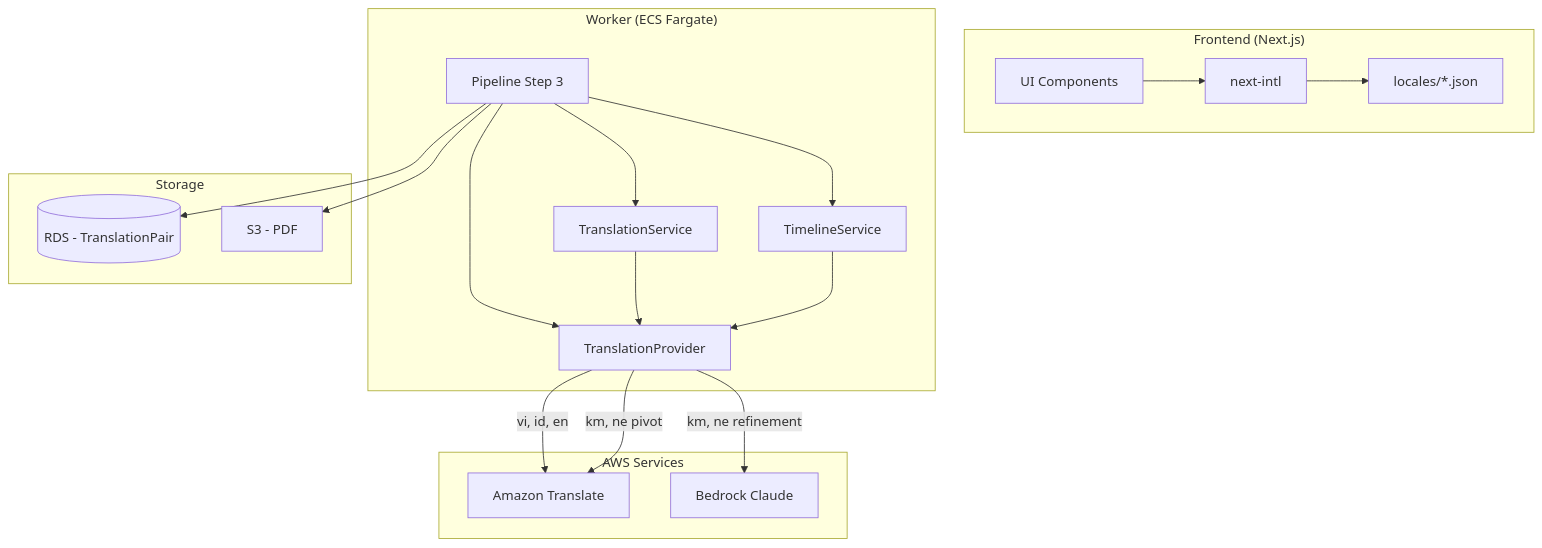
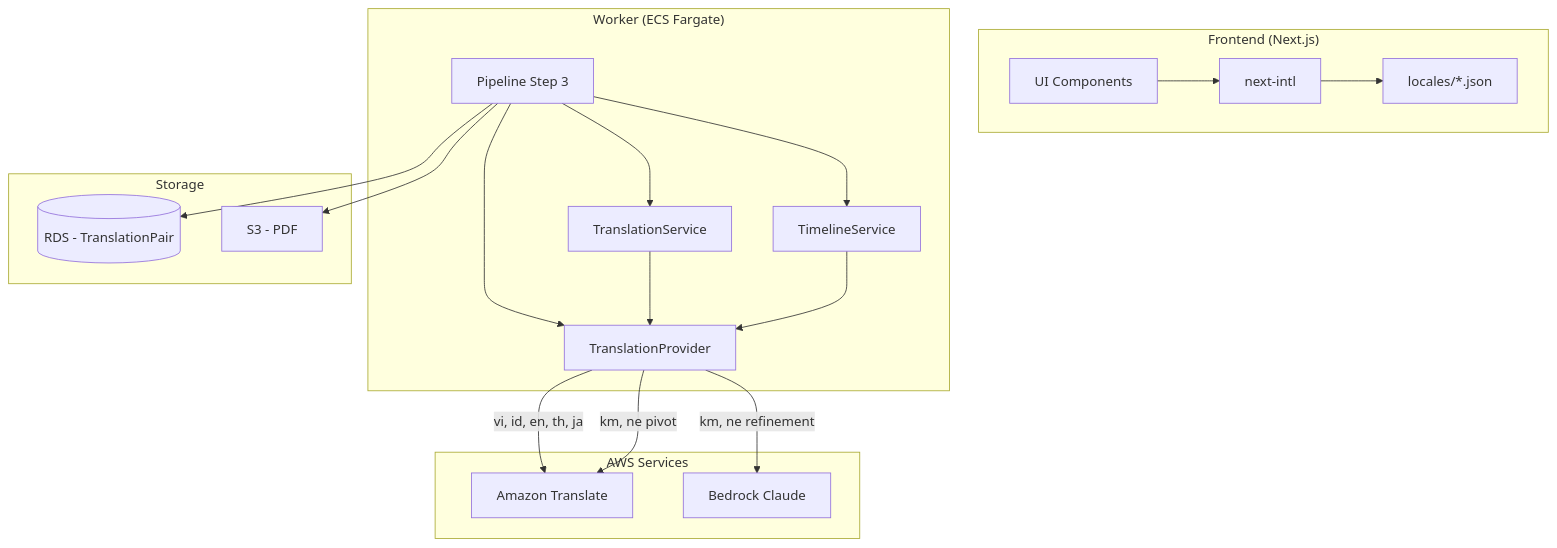
One commit to AWS13th-Final-Project-BADA/BADA changed the first of 4 diagrams in .kiro/specs/multilingual-translation/design.md. Above: the diagram before and after it, drawn with Mermaid. The commit also changed other lines of this file and 10 other files, not shown here.

````diff
--- a/.kiro/specs/multilingual-translation/design.md
+++ b/.kiro/specs/multilingual-translation/design.md
@@ -20,38 +20,38 @@
 ```mermaid
 graph TD
     subgraph Frontend["Frontend (Next.js)"]
         UI[UI Components]
         INTL[next-intl]
         LOCALE[locales/*.json]
         UI --> INTL
         INTL --> LOCALE
     end
 
     subgraph Worker["Worker (ECS Fargate)"]
         PIPE[Pipeline Step 3]
         TP[TranslationProvider]
         TS[TranslationService]
         TL[TimelineService]
         PIPE --> TP
         PIPE --> TS
         PIPE --> TL
         TS --> TP
         TL --> TP
     end
 
     subgraph AWS["AWS Services"]
         AT[Amazon Translate]
         BR[Bedrock Claude]
     end
 
     subgraph Storage["Storage"]
         RDS[(RDS - TranslationPair)]
         S3[S3 - PDF]
     end
 
-    TP -->|vi, id, en| AT
+    TP -->|vi, id, en, th, ja| AT
     TP -->|km, ne pivot| AT
     TP -->|km, ne refinement| BR
     PIPE --> RDS
     PIPE --> S3
 ```
````
